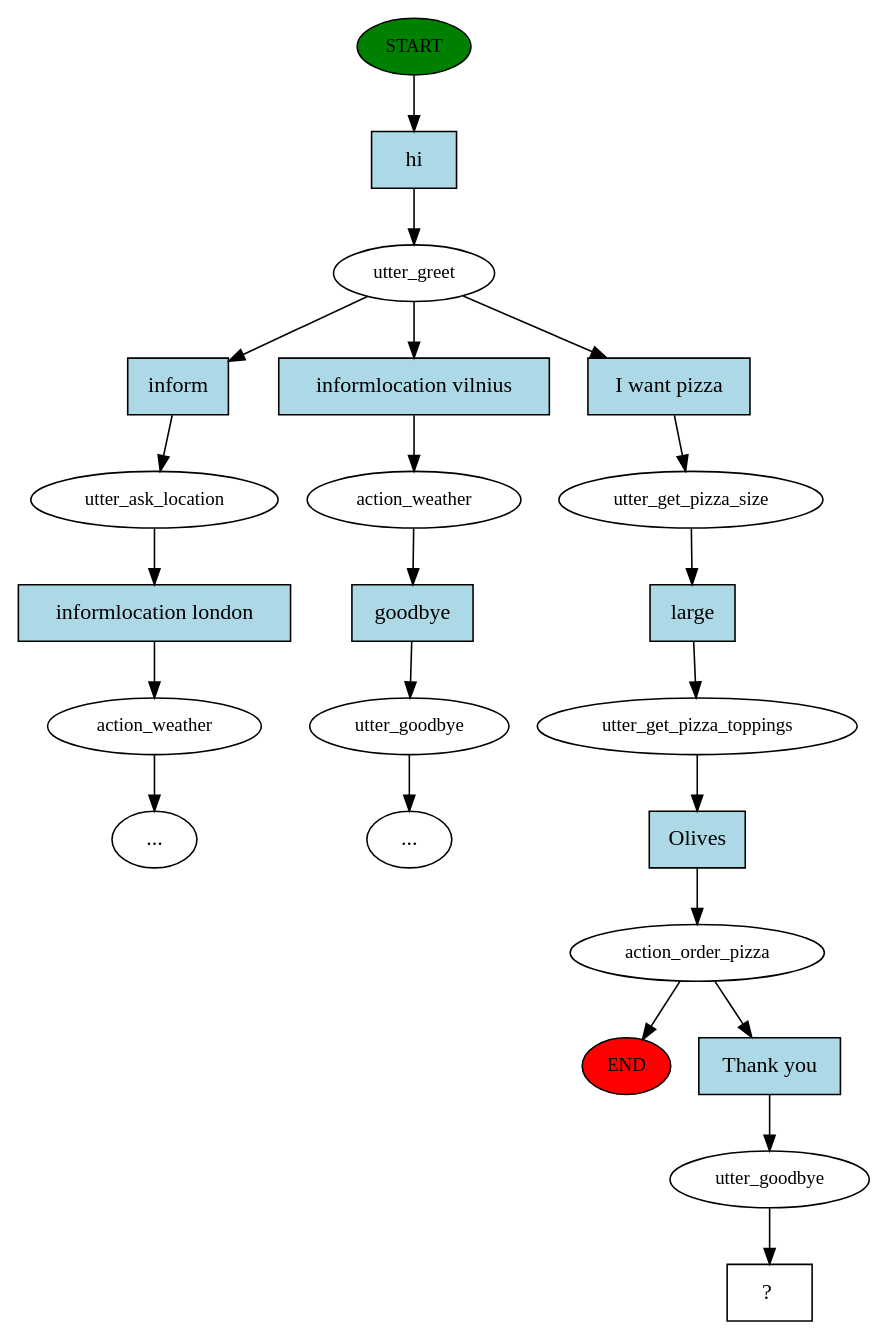
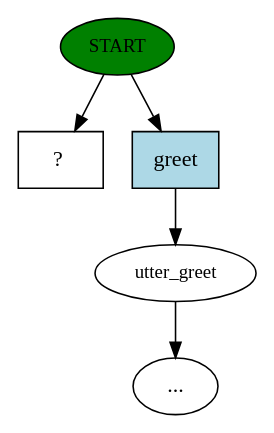
The diagram in story_graph.dot (ChikkaUdayaSai/rasa_bot), drawn with Graphviz before and after one commit. The commit also changed 8 other files, not shown here.

```diff
--- a/story_graph.dot
+++ b/story_graph.dot
@@ -1,47 +1,11 @@
 digraph  {
 0 [class="start active", fillcolor=green, fontsize=12, label=START, style=filled];
-"-1" [class=end, fillcolor=red, fontsize=12, label=END, style=filled];
-1 [class=active, fontsize=12, label=utter_greet];
-2 [class="", fontsize=12, label=utter_ask_location];
-3 [class="", fontsize=12, label=action_weather];
-"-3" [class=ellipsis, label="..."];
-5 [class="", fontsize=12, label=action_weather];
-6 [class="", fontsize=12, label=utter_goodbye];
-"-4" [class=ellipsis, label="..."];
-8 [class=active, fontsize=12, label=utter_get_pizza_size];
-9 [class=active, fontsize=12, label=utter_get_pizza_toppings];
-10 [class=active, fontsize=12, label=action_order_pizza];
-15 [class=active, fontsize=12, label=utter_goodbye];
-16 [class="intent dashed active", label="  ?  ", shape=rect];
-17 [class="intent active", fillcolor=lightblue, label=hi, shape=rect, style=filled];
-18 [class=intent, fillcolor=lightblue, label=inform, shape=rect, style=filled];
-19 [class=intent, fillcolor=lightblue, label="informlocation vilnius", shape=rect, style=filled];
-20 [class="intent active", fillcolor=lightblue, label="I want pizza", shape=rect, style=filled];
-21 [class=intent, fillcolor=lightblue, label="informlocation london", shape=rect, style=filled];
-22 [class=intent, fillcolor=lightblue, label=goodbye, shape=rect, style=filled];
-23 [class="intent active", fillcolor=lightblue, label=large, shape=rect, style=filled];
-24 [class="intent active", fillcolor=lightblue, label=Olives, shape=rect, style=filled];
-25 [class="intent active", fillcolor=lightblue, label="Thank you", shape=rect, style=filled];
-0 -> 17  [class=active, key=0];
-1 -> 18  [class="", key=0];
-1 -> 19  [class="", key=0];
-1 -> 20  [class=active, key=0];
-2 -> 21  [class="", key=0];
-3 -> "-3"  [class="", key=NONE, label=""];
-5 -> 22  [class="", key=0];
-6 -> "-4"  [class="", key=NONE, label=""];
-8 -> 23  [class=active, key=0];
-9 -> 24  [class=active, key=0];
-10 -> "-1"  [class="", key=NONE, label=""];
-10 -> 25  [class=active, key=0];
-15 -> 16  [class=active, key=NONE, label=""];
-17 -> 1  [class=active, key=0];
-18 -> 2  [class="", key=0];
-19 -> 5  [class="", key=0];
-20 -> 8  [class=active, key=0];
-21 -> 3  [class="", key=0];
-22 -> 6  [class="", key=0];
-23 -> 9  [class=active, key=0];
-24 -> 10  [class=active, key=0];
-25 -> 15  [class=active, key=0];
+1 [class="", fontsize=12, label=utter_greet];
+"-6" [class=ellipsis, label="..."];
+5 [class="intent dashed active", label="  ?  ", shape=rect];
+6 [class=intent, fillcolor=lightblue, label=greet, shape=rect, style=filled];
+0 -> 5  [class=active, key=NONE, label=""];
+0 -> 6  [class="", key=0];
+1 -> "-6"  [class="", key=NONE, label=""];
+6 -> 1  [class="", key=0];
 }
```
